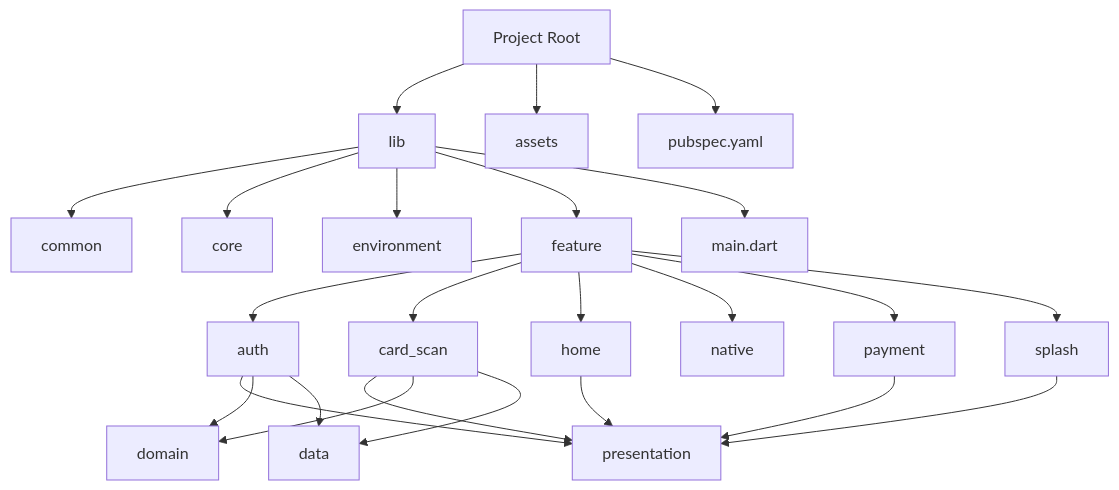
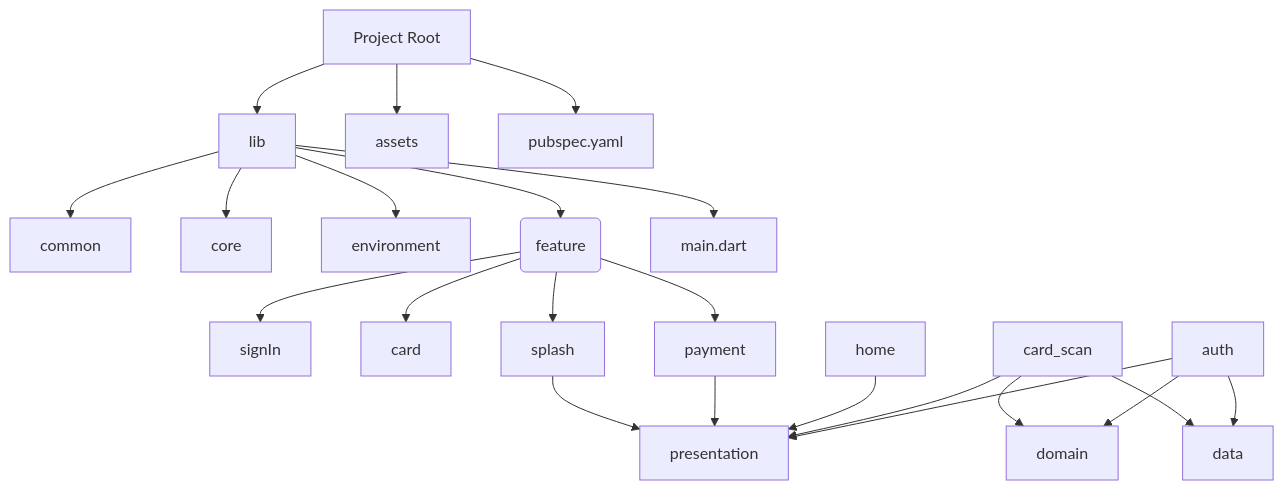
Before and after one commit to KoreanTuna/Payment-Demo: the first of 2 diagrams in README.md, drawn with Mermaid.

````diff
--- a/README.md
+++ b/README.md
@@ -11,32 +11,30 @@
 ```mermaid
 flowchart TD
     A[Project Root]
     A --> lib
     A --> assets
     A --> pubspec.yaml
 
     lib --> common
     lib --> core
     lib --> environment
-    lib --> feature
+    lib --> screen(feature)
     lib --> main.dart
 
-    feature --> auth
-    feature --> card_scan
-    feature --> home
-    feature --> native
-    feature --> payment
-    feature --> splash
+    screen(feature) --> signIn
+    screen(feature) --> card
+    screen(feature) --> payment
+    screen(feature) --> splash
 
     auth --> presentation
     auth --> domain
     auth --> data
 
     card_scan --> presentation
     card_scan --> domain
     card_scan --> data
 
     home --> presentation
     payment --> presentation
     splash --> presentation
 ```
````
